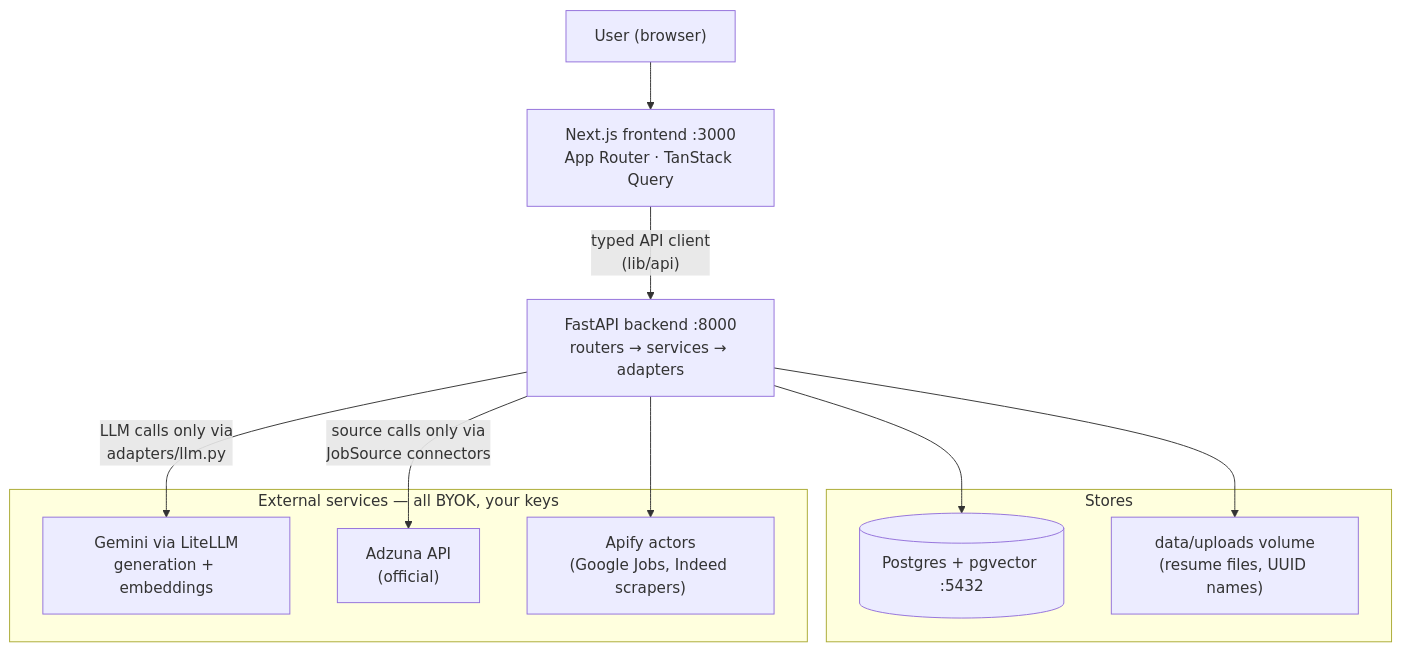
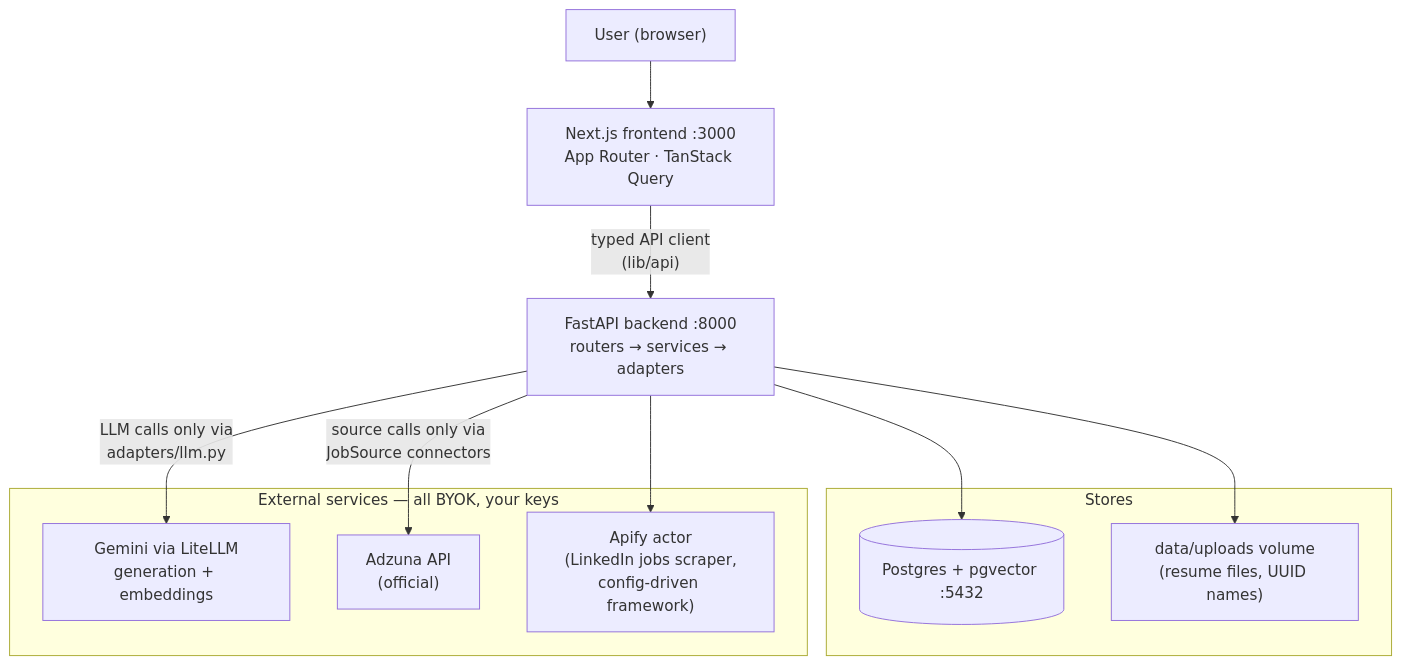
The first of 4 diagrams in docs/architecture.md (MSVhora/ai_job_assistant), drawn with Mermaid before and after one commit. The commit also changed other lines of this file and 56 other files, not shown here.

Commit message:
Add Apify connector framework with LinkedIn actor, source disclosure flow, and jobs/setup UI

````diff
--- a/docs/architecture.md
+++ b/docs/architecture.md
@@ -10,23 +10,23 @@
 ```mermaid
 flowchart TB
     U["User (browser)"]
     W["Next.js frontend :3000<br/>App Router · TanStack Query"]
     A["FastAPI backend :8000<br/>routers → services → adapters"]
     subgraph Stores
         DB[("Postgres + pgvector :5432")]
         FS["data/uploads volume<br/>(resume files, UUID names)"]
     end
     subgraph External["External services — all BYOK, your keys"]
         LLM["Gemini via LiteLLM<br/>generation + embeddings"]
         ADZ["Adzuna API<br/>(official)"]
-        APY["Apify actors<br/>(Google Jobs, Indeed scrapers)"]
+        APY["Apify actor<br/>(LinkedIn jobs scraper,<br/>config-driven framework)"]
     end
 
     U --> W
     W -- "typed API client<br/>(lib/api)" --> A
     A --> DB
     A --> FS
     A -- "LLM calls only via<br/>adapters/llm.py" --> LLM
     A -- "source calls only via<br/>JobSource connectors" --> ADZ
     A --> APY
 ```
````
